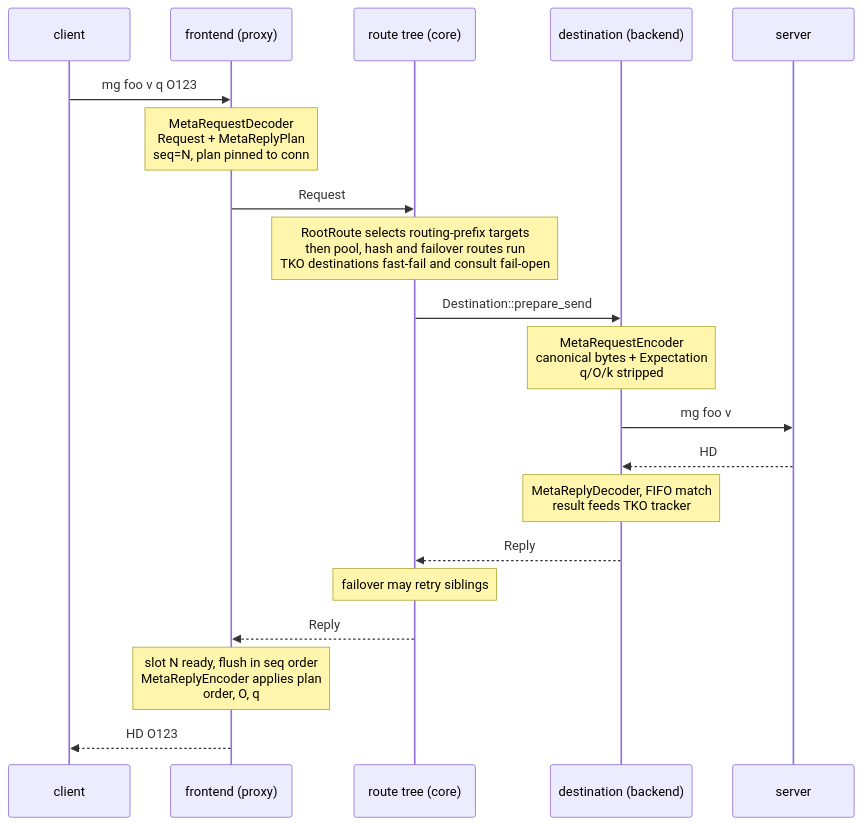
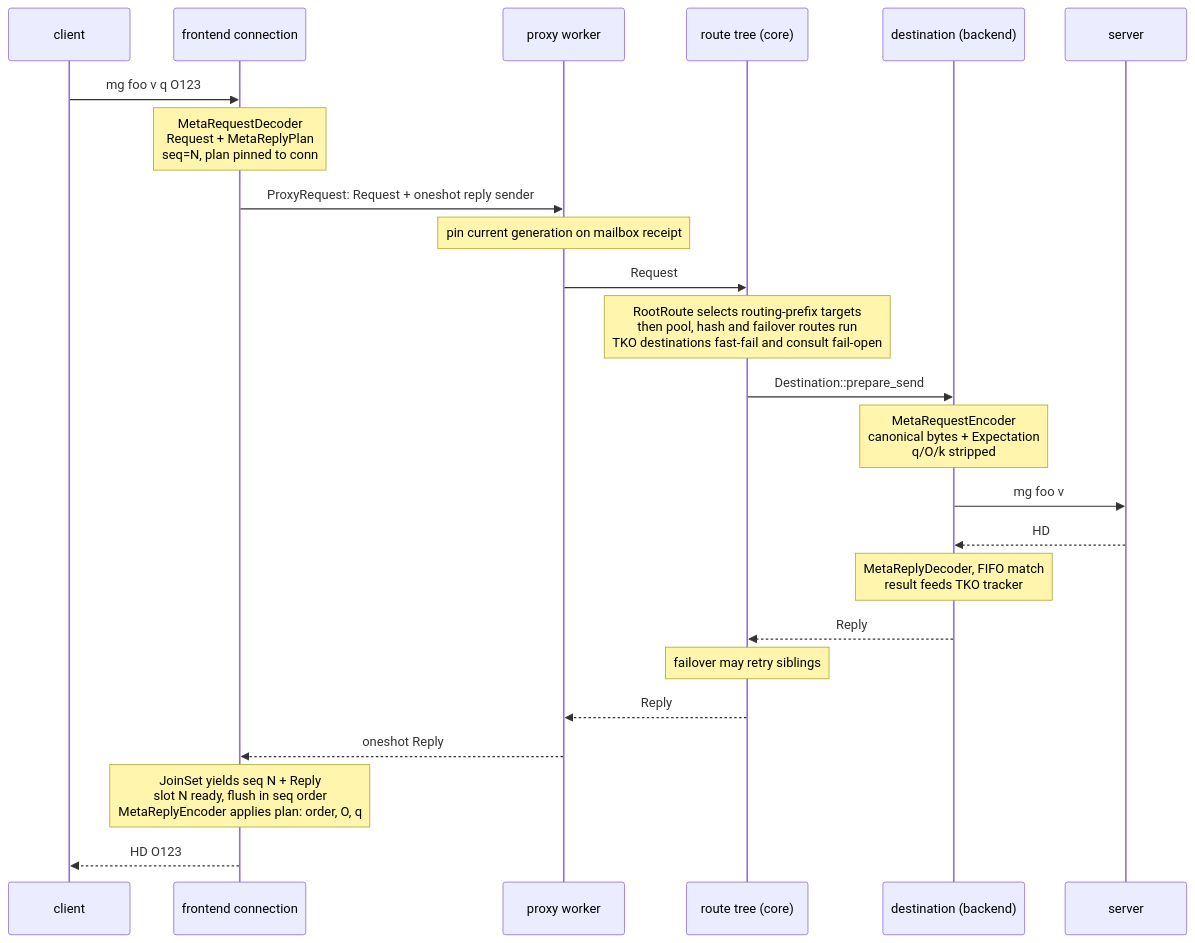
Before and after one commit to raydatray/rusty-mcrouter: the third of 3 diagrams in docs/architecture/README.md, drawn with Mermaid. The commit also changed other lines of this file and 7 other files, not shown here.

````diff
--- a/docs/architecture/README.md
+++ b/docs/architecture/README.md
@@ -187,23 +213,27 @@
 ```mermaid
 sequenceDiagram
     participant C as client
-    participant P as frontend (proxy)
+    participant F as frontend connection
+    participant P as proxy worker
     participant R as route tree (core)
     participant D as destination (backend)
     participant S as server
 
-    C->>P: mg foo v q O123
-    Note over P: MetaRequestDecoder<br/>Request + MetaReplyPlan<br/>seq=N, plan pinned to conn
+    C->>F: mg foo v q O123
+    Note over F: MetaRequestDecoder<br/>Request + MetaReplyPlan<br/>seq=N, plan pinned to conn
+    F->>P: ProxyRequest: Request + oneshot reply sender
+    Note over P: pin current generation on mailbox receipt
     P->>R: Request
     Note over R: RootRoute selects routing-prefix targets<br/>then pool, hash and failover routes run<br/>TKO destinations fast-fail and consult fail-open
     R->>D: Destination::prepare_send
     Note over D: MetaRequestEncoder<br/>canonical bytes + Expectation<br/>q/O/k stripped
     D->>S: mg foo v
     S-->>D: HD
     Note over D: MetaReplyDecoder, FIFO match<br/>result feeds TKO tracker
     D-->>R: Reply
     Note over R: failover may retry siblings
     R-->>P: Reply
-    Note over P: slot N ready, flush in seq order<br/>MetaReplyEncoder applies plan<br/>order, O, q
-    P-->>C: HD O123
+    P-->>F: oneshot Reply
+    Note over F: JoinSet yields seq N + Reply<br/>slot N ready, flush in seq order<br/>MetaReplyEncoder applies plan: order, O, q
+    F-->>C: HD O123
 ```
````
